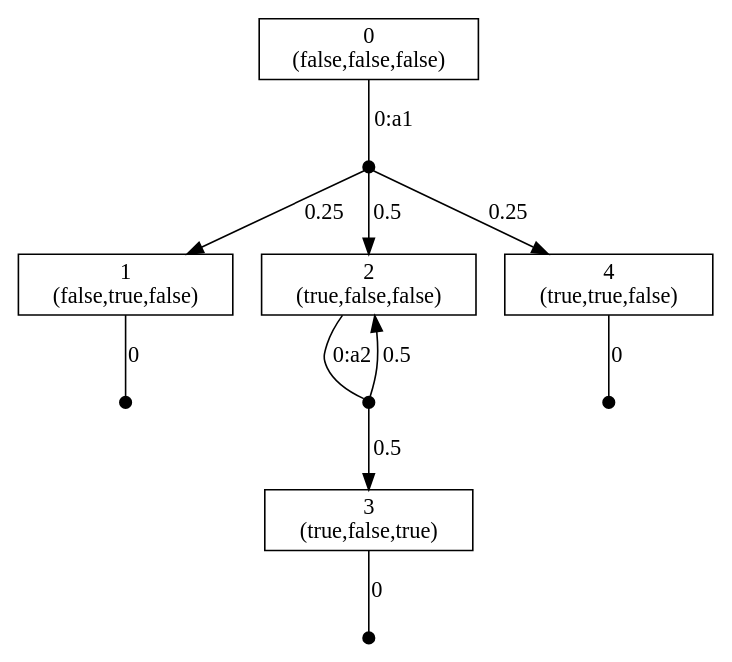
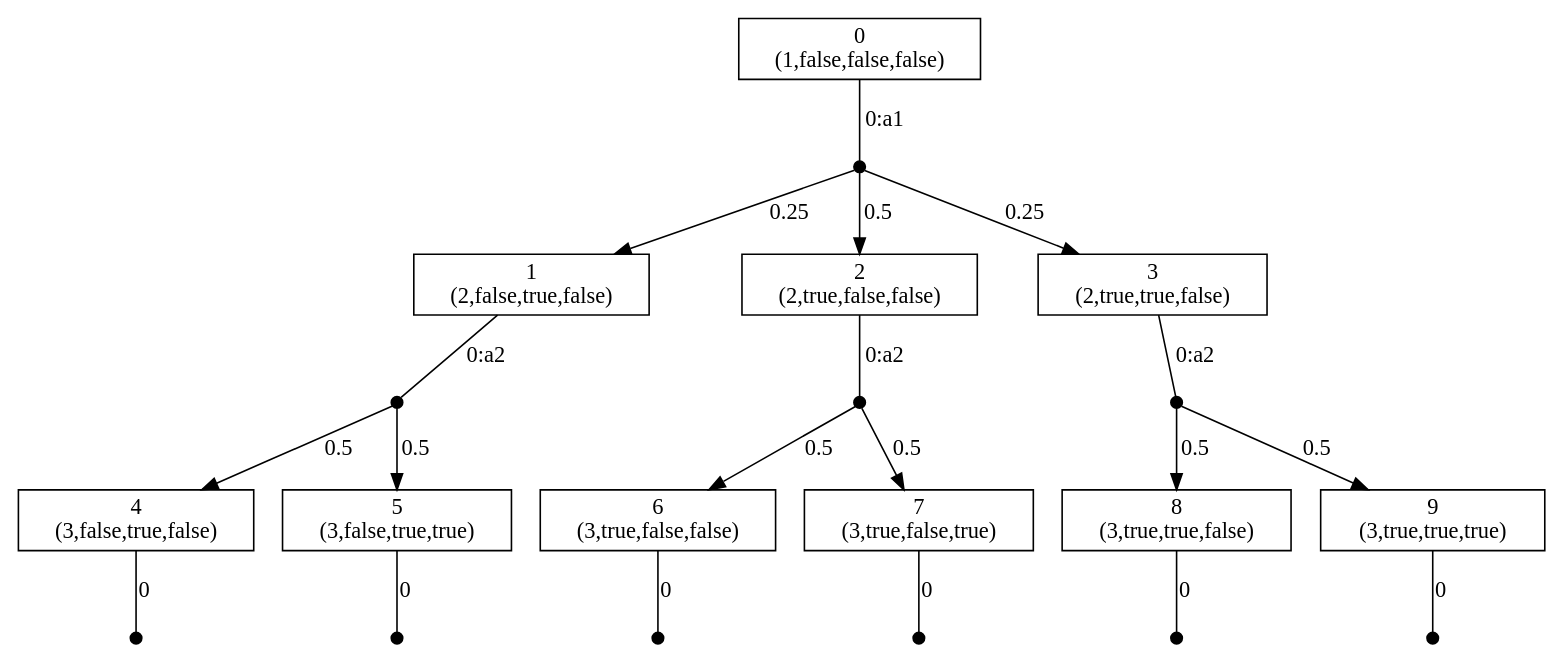
The diagram in mdp.dot (mahalageeta/DSTG-PRISM), drawn with Graphviz before and after one commit. The commit also changed 5 other files, not shown here.

```diff
--- a/mdp.dot
+++ b/mdp.dot
@@ -1,23 +1,42 @@
 digraph MDP {
 node [label="",shape="box"];
-0 [label="0\n(false,false,false)"];
+0 [label="0\n(1,false,false,false)"];
 0 -> n0_0  [label="0:a1",arrowhead="none"];
 n0_0 [ shape=point,width=0.1,height=0.1,label="" ];
 n0_0 -> 1  [label="0.25"];
 n0_0 -> 2  [label="0.5"];
-n0_0 -> 4  [label="0.25"];
-1 [label="1\n(false,true,false)"];
-1 -> n1_0  [label="0",arrowhead="none"];
+n0_0 -> 3  [label="0.25"];
+1 [label="1\n(2,false,true,false)"];
+1 -> n1_0  [label="0:a2",arrowhead="none"];
 n1_0 [ shape=point,width=0.1,height=0.1,label="" ];
-2 [label="2\n(true,false,false)"];
+n1_0 -> 4  [label="0.5"];
+n1_0 -> 5  [label="0.5"];
+2 [label="2\n(2,true,false,false)"];
 2 -> n2_0  [label="0:a2",arrowhead="none"];
 n2_0 [ shape=point,width=0.1,height=0.1,label="" ];
-n2_0 -> 2  [label="0.5"];
-n2_0 -> 3  [label="0.5"];
-3 [label="3\n(true,false,true)"];
-3 -> n3_0  [label="0",arrowhead="none"];
+n2_0 -> 6  [label="0.5"];
+n2_0 -> 7  [label="0.5"];
+3 [label="3\n(2,true,true,false)"];
+3 -> n3_0  [label="0:a2",arrowhead="none"];
 n3_0 [ shape=point,width=0.1,height=0.1,label="" ];
-4 [label="4\n(true,true,false)"];
+n3_0 -> 8  [label="0.5"];
+n3_0 -> 9  [label="0.5"];
+4 [label="4\n(3,false,true,false)"];
 4 -> n4_0  [label="0",arrowhead="none"];
 n4_0 [ shape=point,width=0.1,height=0.1,label="" ];
+5 [label="5\n(3,false,true,true)"];
+5 -> n5_0  [label="0",arrowhead="none"];
+n5_0 [ shape=point,width=0.1,height=0.1,label="" ];
+6 [label="6\n(3,true,false,false)"];
+6 -> n6_0  [label="0",arrowhead="none"];
+n6_0 [ shape=point,width=0.1,height=0.1,label="" ];
+7 [label="7\n(3,true,false,true)"];
+7 -> n7_0  [label="0",arrowhead="none"];
+n7_0 [ shape=point,width=0.1,height=0.1,label="" ];
+8 [label="8\n(3,true,true,false)"];
+8 -> n8_0  [label="0",arrowhead="none"];
+n8_0 [ shape=point,width=0.1,height=0.1,label="" ];
+9 [label="9\n(3,true,true,true)"];
+9 -> n9_0  [label="0",arrowhead="none"];
+n9_0 [ shape=point,width=0.1,height=0.1,label="" ];
 }
```
